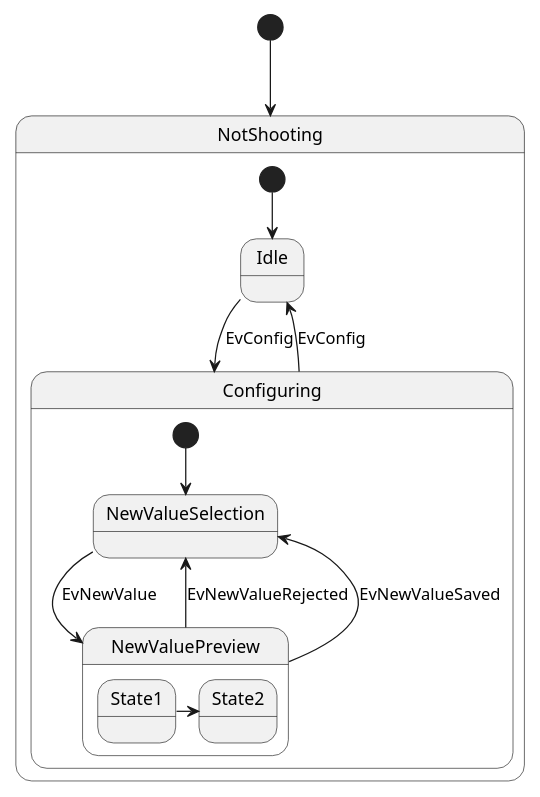
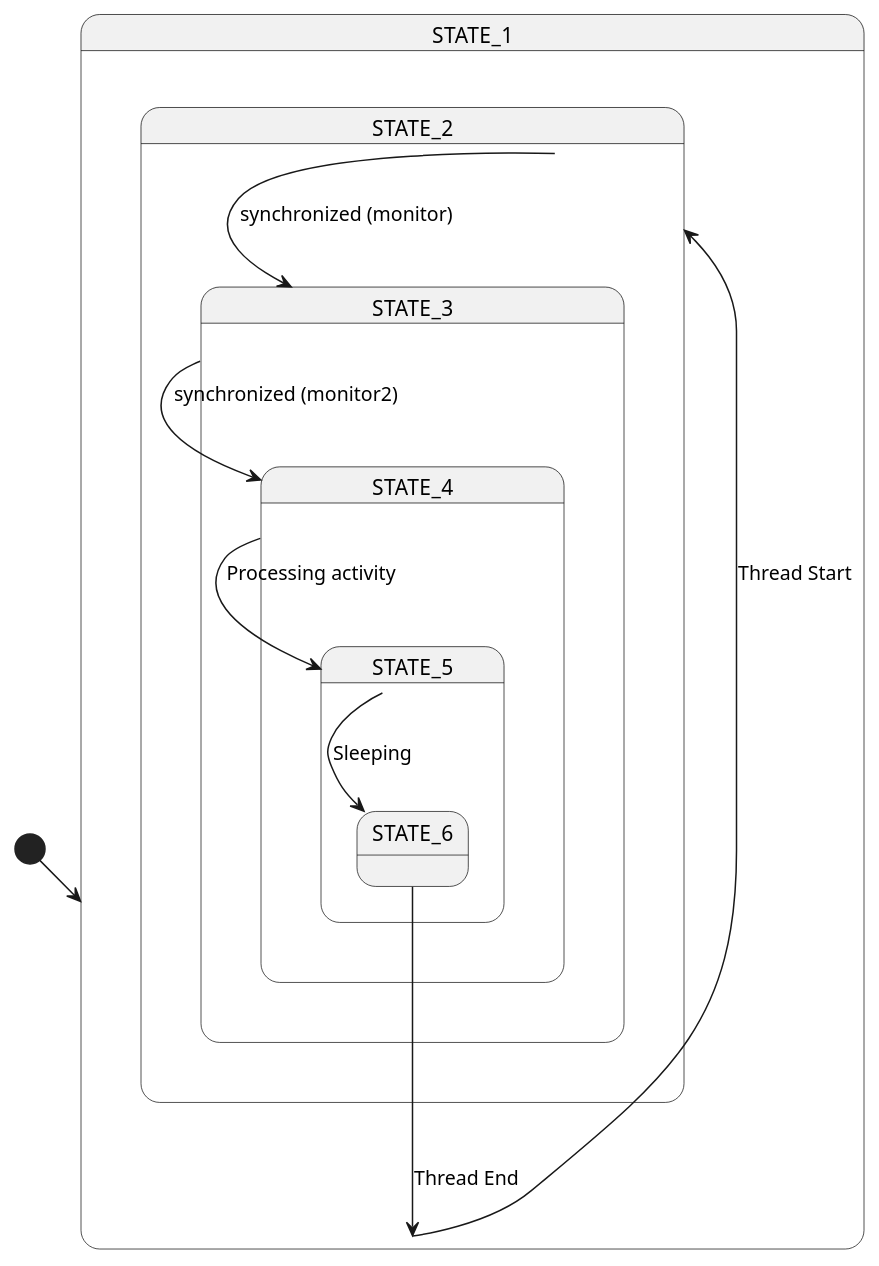
Before and after one commit to VInczePistukaHunor/VinczePistukaHunor_30332_RTSLAB: the diagram in Lab_4/out/production/Lab_4/App1/StateMachineDiagram.puml, drawn with PlantUML. The commit also changed 39 other files, not shown here.

```diff
--- a/Lab_4/out/production/Lab_4/App1/StateMachineDiagram.puml
+++ b/Lab_4/out/production/Lab_4/App1/StateMachineDiagram.puml
@@ -1,24 +1,29 @@
 @startuml
-'https://plantuml.com/state-diagram
 
-scale 350 width
-[*] --> NotShooting
+[*] --> STATE_1
 
-state NotShooting {
-  [*] --> Idle
-  Idle --> Configuring : EvConfig
-  Configuring --> Idle : EvConfig
+state STATE_1 {
+    STATE_1 --> STATE_2: Thread Start
 }
 
-state Configuring {
-  [*] --> NewValueSelection
-  NewValueSelection --> NewValuePreview : EvNewValue
-  NewValuePreview --> NewValueSelection : EvNewValueRejected
-  NewValuePreview --> NewValueSelection : EvNewValueSaved
+state STATE_2 {
+    STATE_2 --> STATE_3: synchronized (monitor)
+}
 
-  state NewValuePreview {
-     State1 -> State2
-  }
+state STATE_3 {
+    STATE_3 --> STATE_4: synchronized (monitor2)
+}
 
+state STATE_4 {
+    STATE_4 --> STATE_5: Processing activity
 }
+
+state STATE_5 {
+    STATE_5 --> STATE_6: Sleeping
+}
+
+state STATE_6 {
+    STATE_6 --> STATE_1: Thread End
+}
+
 @enduml
```
